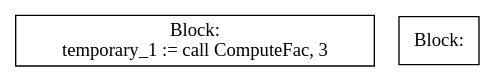
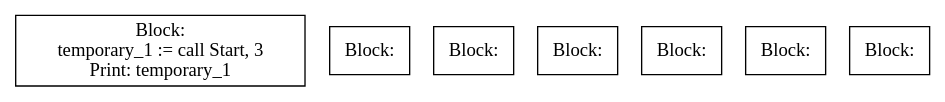
One commit to moondog-matthew/compiler-dv1655 changed the diagram in lab3/CFG-tree.dot. Above: the diagram before and after it, drawn with Graphviz. The commit also changed 4 other files, not shown here.

Commit message:
Print of first block, tested

```diff
--- a/lab3/CFG-tree.dot
+++ b/lab3/CFG-tree.dot
@@ -1,7 +1,13 @@
 digraph {
 graph [ splines = ortho ]
 	node [ shape = box ];
 block_0 [label="Block:
-temporary_1 := call ComputeFac, 3"];
+temporary_1 := call Start, 3
+Print: temporary_1"];
 block_1 [label="Block:"];
+block_2 [label="Block:"];
+block_3 [label="Block:"];
+block_4 [label="Block:"];
+block_5 [label="Block:"];
+block_6 [label="Block:"];
 }
```
